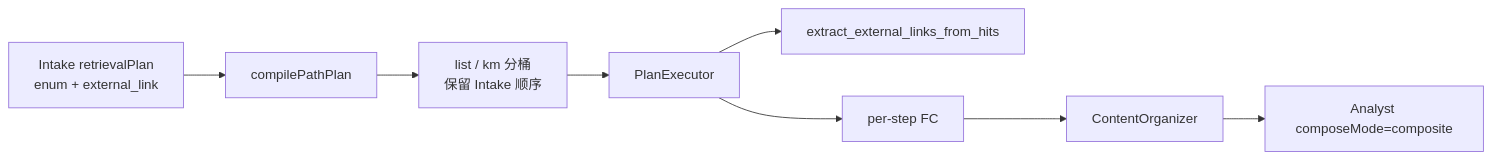
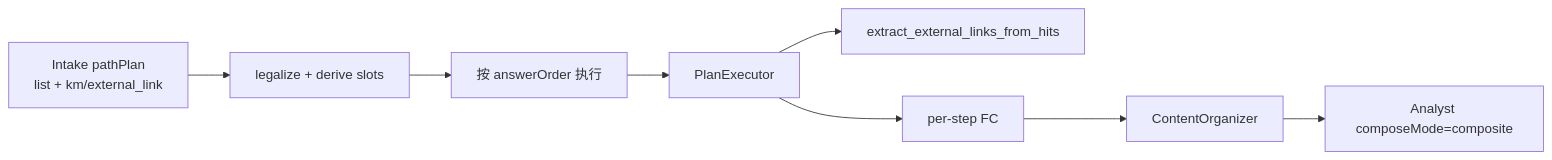
One commit to panzhanfei/fambrain-agents changed the third of 4 diagrams in docs/05-architecture-v2-tool-orchestration.md. Above: the diagram before and after it, drawn with Mermaid. The commit also changed other lines of this file and 31 other files, not shown here.

````diff
--- a/docs/05-architecture-v2-tool-orchestration.md
+++ b/docs/05-architecture-v2-tool-orchestration.md
@@ -271,10 +272,10 @@
 ```mermaid
 flowchart LR
-  IC[Intake retrievalPlan<br/>enum + external_link] --> PP[compilePathPlan]
-  PP --> L[list / km 分桶<br/>保留 Intake 顺序]
+  IC[Intake pathPlan<br/>list + km/external_link] --> Val[legalize + derive slots]
+  Val --> L[按 answerOrder 执行]
   L --> PE[PlanExecutor]
   PE --> T[extract_external_links_from_hits]
   PE --> FC[per-step FC]
   FC --> CO[ContentOrganizer]
   CO --> IA[Analyst composeMode=composite]
 ```
````
